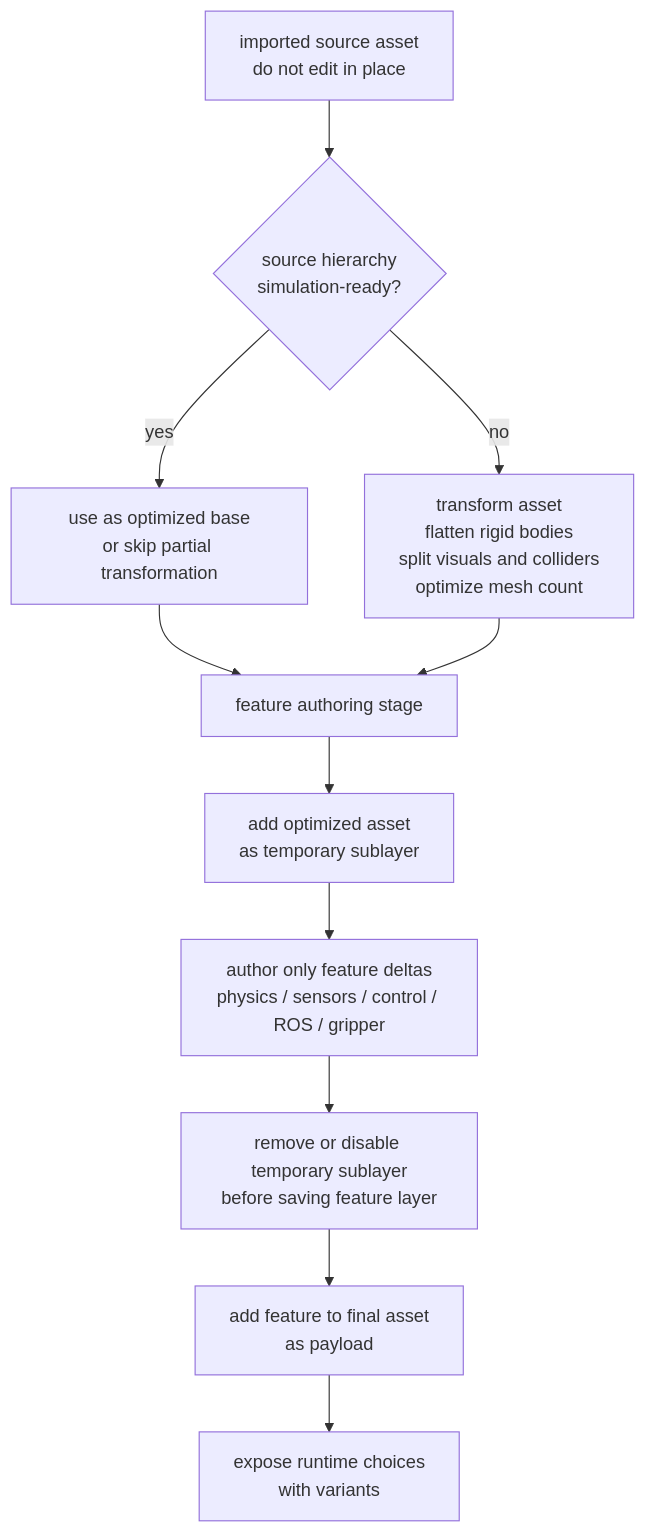
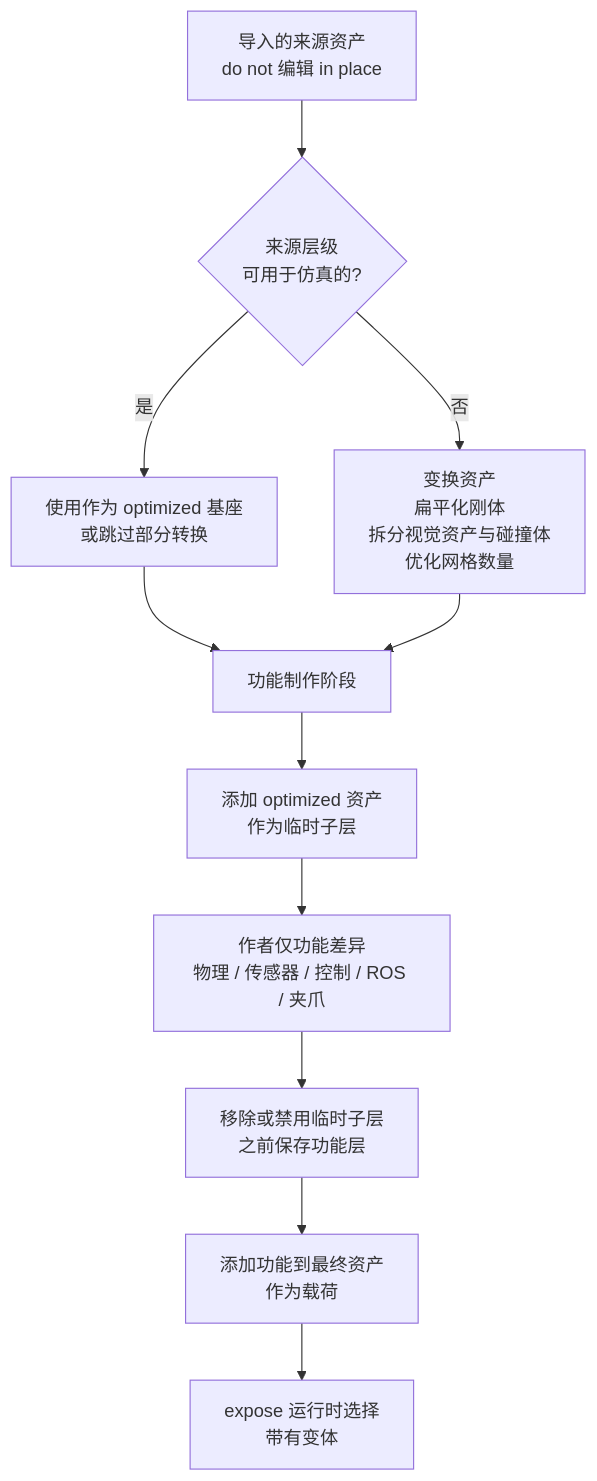
One commit to niuverse/llm-wiki changed the second of 3 diagrams in wiki/concepts/IsaacSimAssetStructure.md. Above: the diagram before and after it, drawn with Mermaid. The commit also changed other lines of this file and 123 other files, not shown here.

````diff
--- a/wiki/concepts/IsaacSimAssetStructure.md
+++ b/wiki/concepts/IsaacSimAssetStructure.md
@@ -71,13 +71,13 @@
 ```mermaid
 flowchart TD
-  A["imported source asset<br/>do not edit in place"] --> B{"source hierarchy<br/>simulation-ready?"}
-  B -- "yes" --> C["use as optimized base<br/>or skip partial transformation"]
-  B -- "no" --> D["transform asset<br/>flatten rigid bodies<br/>split visuals and colliders<br/>optimize mesh count"]
-  C --> E["feature authoring stage"]
+  A["导入的来源资产<br/>do not 编辑 in place"] --> B{"来源层级<br/>可用于仿真的?"}
+  B -- "是" --> C["使用作为 optimized 基座<br/>或跳过部分转换"]
+  B -- "否" --> D["变换资产<br/>扁平化刚体<br/>拆分视觉资产与碰撞体<br/>优化网格数量"]
+  C --> E["功能制作阶段"]
   D --> E
-  E --> F["add optimized asset<br/>as temporary sublayer"]
-  F --> G["author only feature deltas<br/>physics / sensors / control / ROS / gripper"]
-  G --> H["remove or disable temporary sublayer<br/>before saving feature layer"]
-  H --> I["add feature to final asset<br/>as payload"]
-  I --> J["expose runtime choices<br/>with variants"]
+  E --> F["添加 optimized 资产<br/>作为临时子层"]
+  F --> G["作者仅功能差异<br/>物理 / 传感器 / 控制 / ROS / 夹爪"]
+  G --> H["移除或禁用临时子层<br/>之前保存功能层"]
+  H --> I["添加功能到最终资产<br/>作为载荷"]
+  I --> J["expose 运行时选择<br/>带有变体"]
 ```
````
